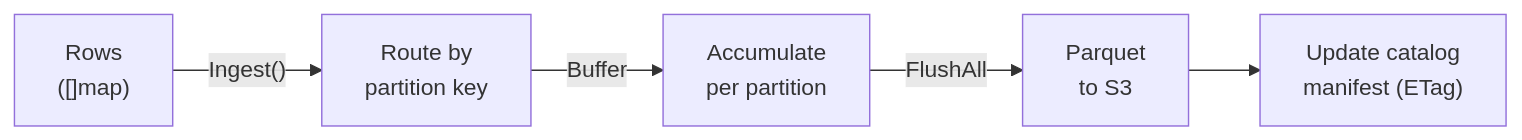
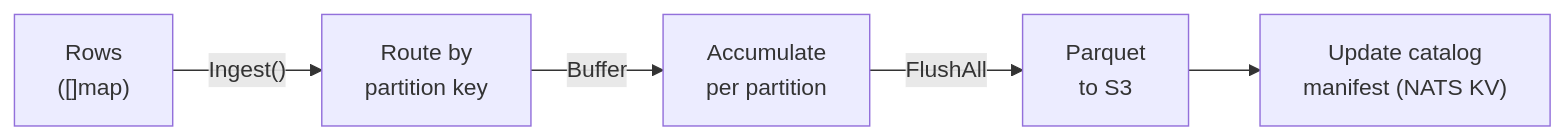
The diagram in docs/ingestion.md (derekmwright/wadjet), drawn with Mermaid before and after one commit. The commit also changed other lines of this file and 6 other files, not shown here.

First line of the commit message:
Fix docs to reflect NATS KV catalog instead of JSON-on-S3

````diff
--- a/docs/ingestion.md
+++ b/docs/ingestion.md
@@ -19,7 +19,7 @@
 ```mermaid
 graph LR
     R["Rows<br/>([]map)"] -- "Ingest()" --> P["Route by<br/>partition key"]
     P -- "Buffer" --> A["Accumulate<br/>per partition"]
     A -- "FlushAll" --> S["Parquet<br/>to S3"]
-    S --> C["Update catalog<br/>manifest (ETag)"]
+    S --> C["Update catalog<br/>manifest (NATS KV)"]
 ```
````
